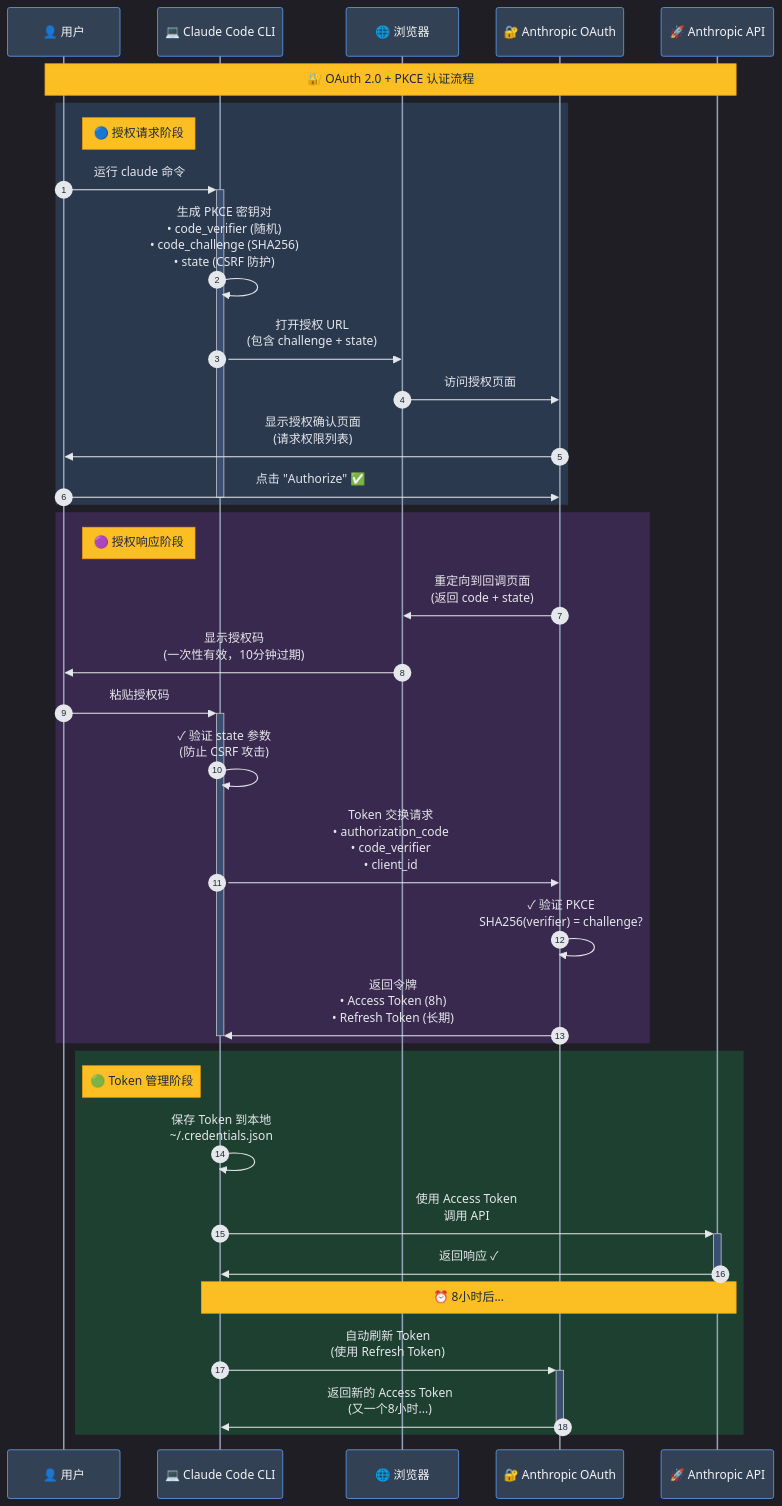
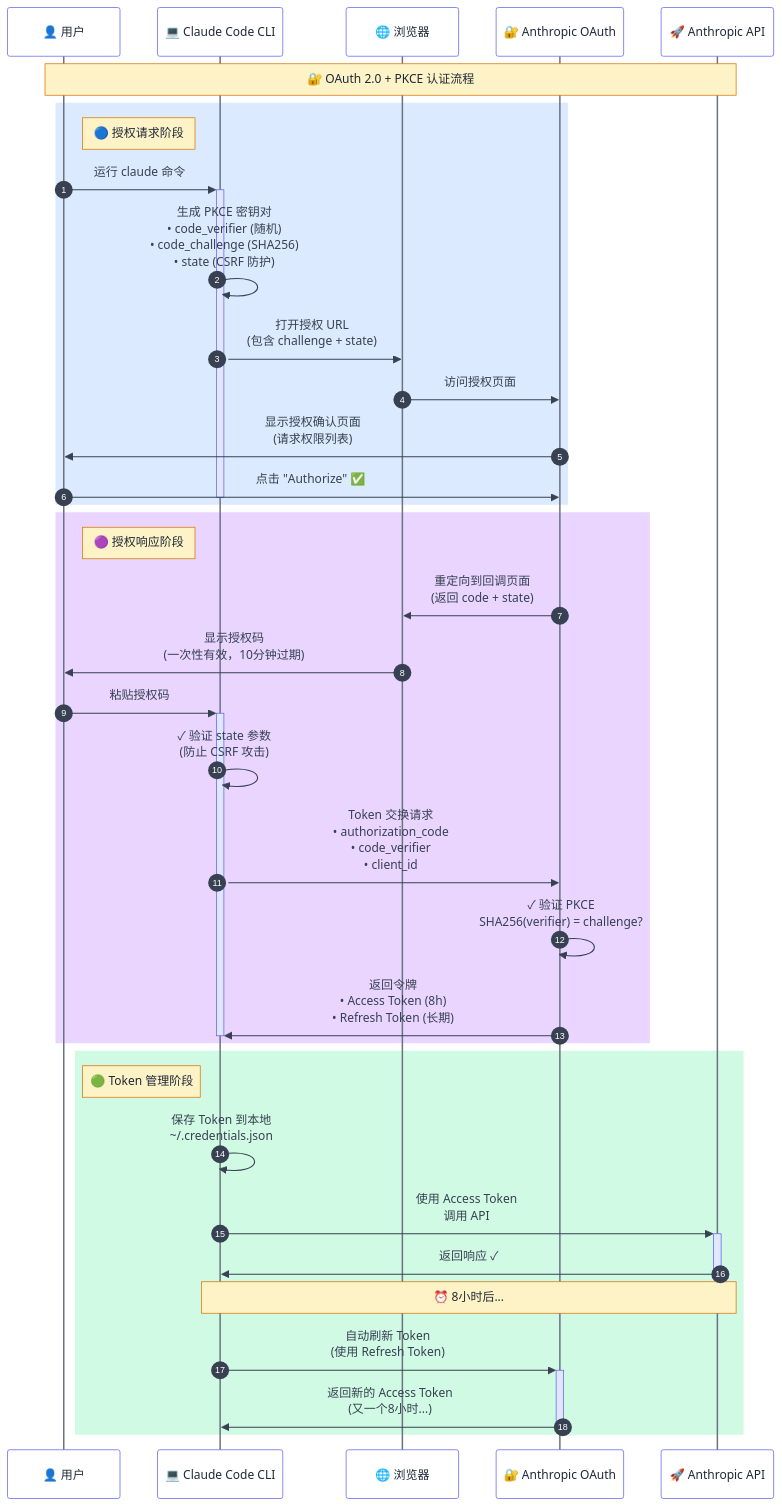
The diagram in docs/blog/Claude Code OAuth 认证.md (Buywatermelon/claude-relay-monorepo), drawn with Mermaid before and after one commit. The commit also changed other lines of this file, not shown here.

Commit message:
fix: 优化 OAuth 认证文档表格显示和 Mermaid 图表样式
- 移除表格中的"值"列，避免宽度问题导致类别文字竖向显示
- 简化类别名称为2个字，提高表格紧凑性
- 保留 Mermaid 图表的自定义主题配置，使用中等灰度颜色以适配深浅主题

🤖 Generated with [Claude Code](https://claude.ai/code)

````diff
--- a/docs/blog/Claude Code OAuth 认证.md
+++ b/docs/blog/Claude Code OAuth 认证.md
@@ -99,75 +99,76 @@
 ```mermaid
 %%{init: {
-  'theme': 'dark',
+  'theme': 'base',
   'themeVariables': {
-    'primaryColor': '#60a5fa',
-    'primaryTextColor': '#e5e7eb',
-    'primaryBorderColor': '#93c5fd',
-    'lineColor': '#60a5fa',
-    'secondaryColor': '#475569',
-    'background': '#1e293b',
-    'mainBkg': '#1e293b',
-    'secondBkg': '#334155',
-    'tertiaryColor': '#475569',
-    'labelBoxBkgColor': '#334155',
-    'labelBoxBorderColor': '#60a5fa',
-    'labelTextColor': '#f3f4f6',
-    'actorBkg': '#334155',
-    'actorBorder': '#60a5fa',
-    'actorTextColor': '#f3f4f6',
-    'actorLineColor': '#94a3b8',
-    'noteBkgColor': '#fbbf24',
-    'noteBorderColor': '#f59e0b',
-    'noteTextColor': '#1e293b',
-    'signalColor': '#e5e7eb',
-    'signalTextColor': '#e5e7eb',
-    'sequenceNumberColor': '#1e293b',
-    'edgeLabelBackground': '#334155'
+    'primaryColor': '#6366f1',
+    'primaryTextColor': '#4b5563',
+    'primaryBorderColor': '#6366f1',
+    'lineColor': '#4b5563',
+    'secondaryColor': '#e5e7eb',
+    'tertiaryColor': '#f3f4f6',
+    'mainBkg': '#f9fafb',
+    'secondBkg': '#f3f4f6',
+    'noteTextColor': '#1f2937',
+    'noteBkgColor': '#fef3c7',
+    'noteBorderColor': '#d97706',
+    'actorBkg': '#ffffff',
+    'actorBorder': '#6366f1',
+    'actorTextColor': '#1f2937',
+    'actorLineColor': '#6b7280',
+    'signalColor': '#374151',
+    'signalTextColor': '#374151',
+    'labelBoxBkgColor': '#f9fafb',
+    'labelBoxBorderColor': '#6366f1',
+    'labelTextColor': '#1f2937',
+    'loopTextColor': '#1f2937',
+    'activationBorderColor': '#6366f1',
+    'activationBkgColor': '#e0e7ff',
+    'sequenceNumberColor': '#ffffff'
   }
 }}%%
 
 sequenceDiagram
     autonumber
     
     participant User as 👤 用户
     participant CLI as 💻 Claude Code CLI
     participant Browser as 🌐 浏览器
     participant Auth as 🔐 Anthropic OAuth
     participant API as 🚀 Anthropic API
 
     Note over User,API: 🔐 OAuth 2.0 + PKCE 认证流程
     
-    rect rgba(96, 165, 250, 0.2)
+    rect rgb(219, 234, 254)
         Note right of User: 🔵 授权请求阶段
         User->>+CLI: 运行 claude 命令
         CLI->>CLI: 生成 PKCE 密钥对<br/>• code_verifier (随机)<br/>• code_challenge (SHA256)<br/>• state (CSRF 防护)
         CLI->>Browser: 打开授权 URL<br/>(包含 challenge + state)
         Browser->>Auth: 访问授权页面
         Auth->>User: 显示授权确认页面<br/>(请求权限列表)
         User->>Auth: 点击 "Authorize" ✅
         deactivate CLI
     end
     
-    rect rgba(168, 85, 247, 0.2)
+    rect rgb(233, 213, 255)
         Note right of User: 🟣 授权响应阶段
         Auth->>Browser: 重定向到回调页面<br/>(返回 code + state)
         Browser->>User: 显示授权码<br/>(一次性有效，10分钟过期)
         User->>+CLI: 粘贴授权码
         CLI->>CLI: ✓ 验证 state 参数<br/>(防止 CSRF 攻击)
         CLI->>Auth: Token 交换请求<br/>• authorization_code<br/>• code_verifier<br/>• client_id
         Auth->>Auth: ✓ 验证 PKCE<br/>SHA256(verifier) = challenge?
         Auth->>CLI: 返回令牌<br/>• Access Token (8h)<br/>• Refresh Token (长期)
         deactivate CLI
     end
     
-    rect rgba(34, 197, 94, 0.2)
+    rect rgb(209, 250, 229)
         Note right of User: 🟢 Token 管理阶段
         CLI->>CLI: 保存 Token 到本地<br/>~/.credentials.json
         CLI->>+API: 使用 Access Token<br/>调用 API
         API->>-CLI: 返回响应 ✓
         
         Note over CLI,API: ⏰ 8小时后...
         CLI->>+Auth: 自动刷新 Token<br/>(使用 Refresh Token)
         Auth->>-CLI: 返回新的 Access Token<br/>(又一个8小时...)
     end
 ```
````
